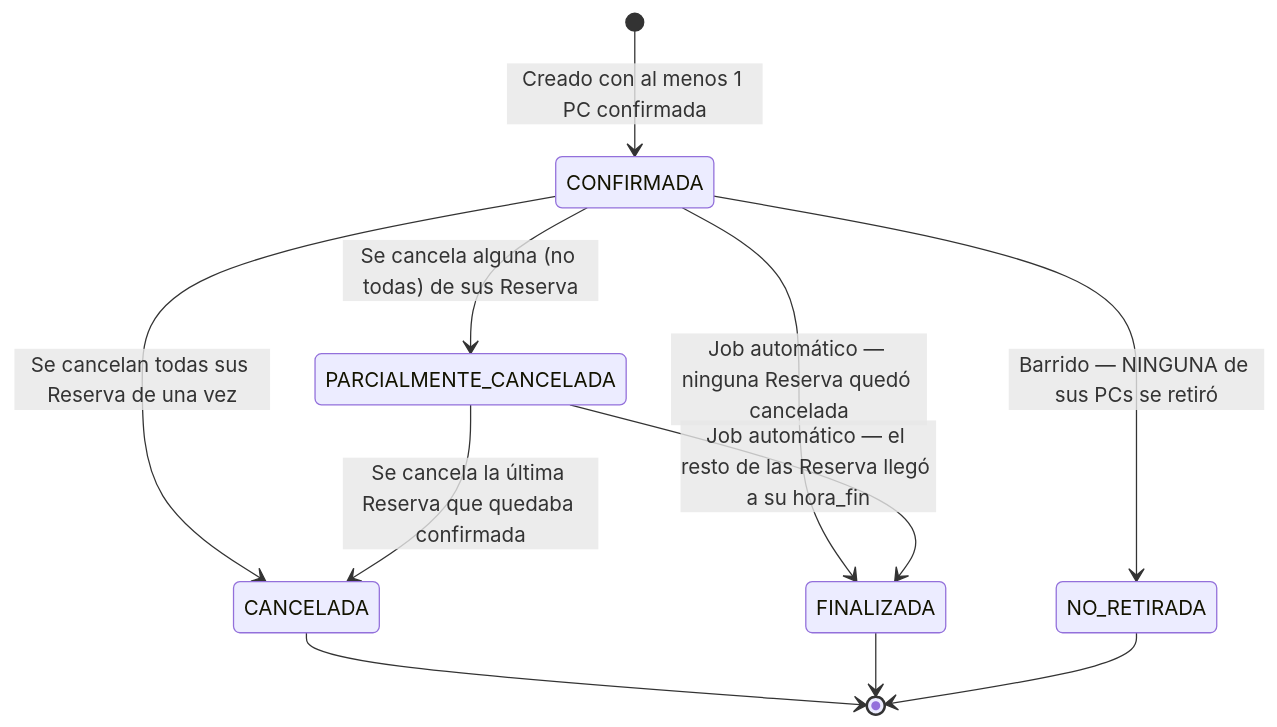
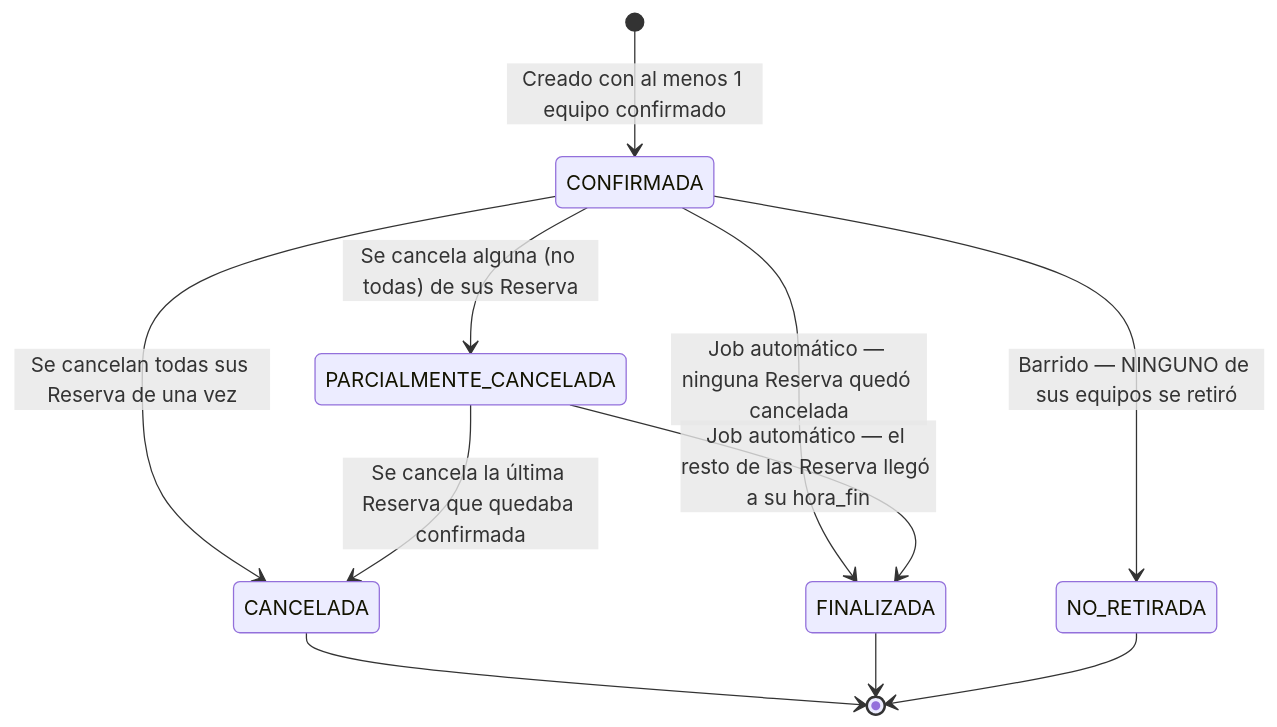
Before and after one commit to agustin-y2k/sgrc: the third of 5 diagrams in docs/05-diagramas-estado.md, drawn with Mermaid. The commit also changed other lines of this file and 81 other files, not shown here.

````diff
--- a/docs/05-diagramas-estado.md
+++ b/docs/05-diagramas-estado.md
@@ -38,13 +38,13 @@
 ```mermaid
 stateDiagram-v2
-    [*] --> CONFIRMADA: Creado con al menos 1 PC confirmada
+    [*] --> CONFIRMADA: Creado con al menos 1 equipo confirmado
     CONFIRMADA --> PARCIALMENTE_CANCELADA: Se cancela alguna (no todas) de sus Reserva
     CONFIRMADA --> CANCELADA: Se cancelan todas sus Reserva de una vez
     PARCIALMENTE_CANCELADA --> CANCELADA: Se cancela la última Reserva que quedaba confirmada
     CONFIRMADA --> FINALIZADA: Job automático — ninguna Reserva quedó cancelada
     PARCIALMENTE_CANCELADA --> FINALIZADA: Job automático — el resto de las Reserva llegó a su hora_fin
-    CONFIRMADA --> NO_RETIRADA: Barrido — NINGUNA de sus PCs se retiró
+    CONFIRMADA --> NO_RETIRADA: Barrido — NINGUNO de sus equipos se retiró
     CANCELADA --> [*]
     FINALIZADA --> [*]
     NO_RETIRADA --> [*]
 ```
````
